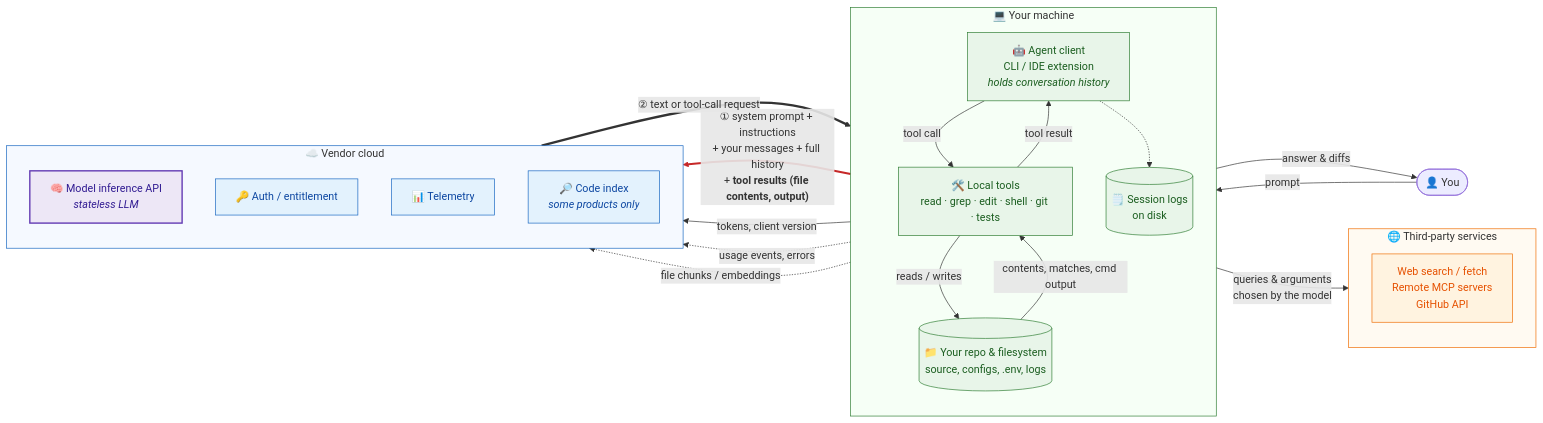
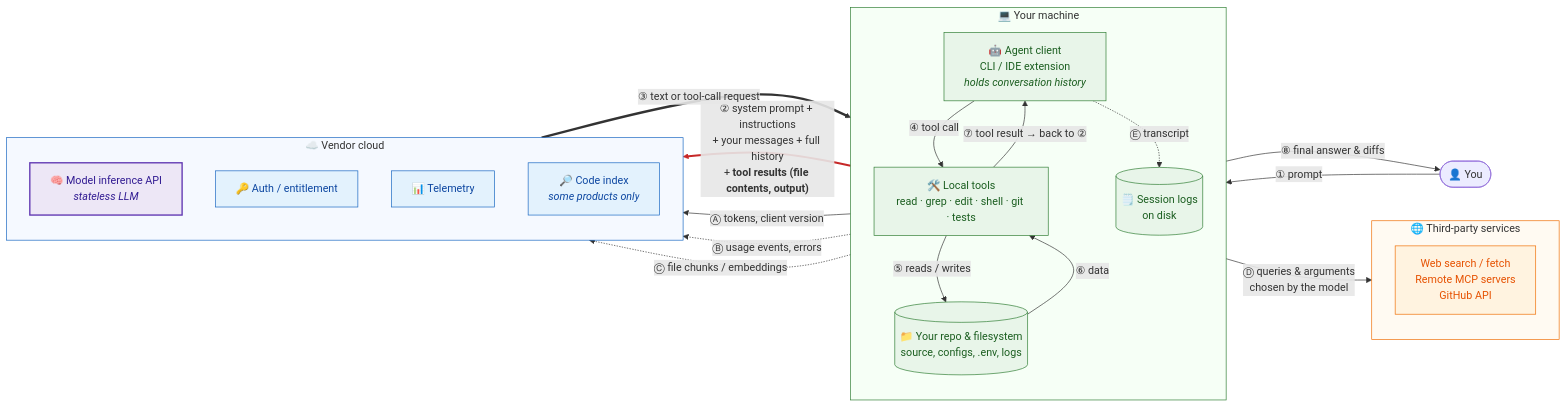
One commit to ashutoshbang/how-coding-agents-work changed the diagram in docs/data-flow.md. Above: the diagram before and after it, drawn with Mermaid. The commit also changed other lines of this file and 2 other files, not shown here.

Commit message:
Number data flow diagram steps and add reading key

````diff
--- a/docs/data-flow.md
+++ b/docs/data-flow.md
@@ -5,53 +5,53 @@
 ```mermaid
 flowchart LR
     U(["👤 You"])
 
     subgraph LOCAL["💻 Your machine"]
         direction TB
         A["🤖 Agent client<br/>CLI / IDE extension<br/><i>holds conversation history</i>"]
         T["🛠️ Local tools<br/>read · grep · edit · shell · git · tests"]
         R[("📁 Your repo & filesystem<br/>source, configs, .env, logs")]
         L[("🗒️ Session logs<br/>on disk")]
-        A -- "tool call" --> T
-        T -- "reads / writes" --> R
-        R -- "contents, matches, cmd output" --> T
-        T -- "tool result" --> A
-        A -.-> L
     end
 
     subgraph VENDOR["☁️ Vendor cloud"]
         direction TB
         M["🧠 Model inference API<br/><i>stateless LLM</i>"]
         AU["🔑 Auth / entitlement"]
         TE["📊 Telemetry"]
         IX["🔎 Code index<br/><i>some products only</i>"]
     end
 
     subgraph THIRD["🌐 Third-party services"]
         direction TB
         X["Web search / fetch<br/>Remote MCP servers<br/>GitHub API"]
     end
 
-    U -- "prompt" --> A
-    A -- "answer & diffs" --> U
+    U -- "① prompt" --> A
+    A == "② system prompt + instructions<br/>+ your messages + full history<br/>+ <b>tool results (file contents, output)</b>" ==> M
+    M == "③ text or tool-call request" ==> A
+    A -- "④ tool call" --> T
+    T -- "⑤ reads / writes" --> R
+    R -- "⑥ data" --> T
+    T -- "⑦ tool result → back to ②" --> A
+    A -- "⑧ final answer & diffs" --> U
 
-    A == "① system prompt + instructions<br/>+ your messages + full history<br/>+ <b>tool results (file contents, output)</b>" ==> M
-    M == "② text or tool-call request" ==> A
-    A -- "tokens, client version" --> AU
-    A -. "usage events, errors" .-> TE
-    A -. "file chunks / embeddings" .-> IX
-    A -- "queries & arguments<br/>chosen by the model" --> X
+    A -- "Ⓐ tokens, client version" --> AU
+    A -. "Ⓑ usage events, errors" .-> TE
+    A -. "Ⓒ file chunks / embeddings" .-> IX
+    A -- "Ⓓ queries & arguments<br/>chosen by the model" --> X
+    A -. "Ⓔ transcript" .-> L
 
     classDef local fill:#e8f5e9,stroke:#2e7d32,color:#1b5e20
     classDef cloud fill:#e3f2fd,stroke:#1565c0,color:#0d47a1
     classDef third fill:#fff3e0,stroke:#ef6c00,color:#e65100
     classDef model fill:#ede7f6,stroke:#5e35b1,color:#311b92,stroke-width:2px
     class A,T,R,L local
     class AU,TE,IX cloud
     class M model
     class X third
-    linkStyle 7 stroke:#c62828,stroke-width:3px
+    linkStyle 1 stroke:#c62828,stroke-width:3px
     style LOCAL fill:#f6fff6,stroke:#2e7d32
     style VENDOR fill:#f5f9ff,stroke:#1565c0
     style THIRD fill:#fffaf2,stroke:#ef6c00
 ```
````
